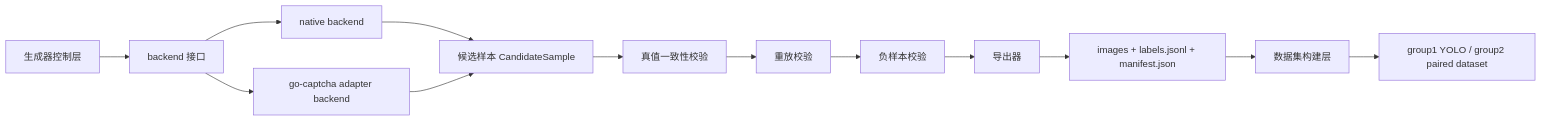
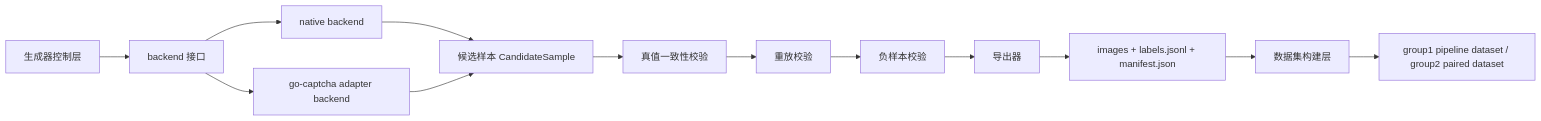
Before and after one commit to uroborus2s/sinan-captcha: the diagram in docs/04-project-development/04-design/graphic-click-generator-design.md, drawn with Mermaid. The commit also changed other lines of this file and 358 other files, not shown here.

````diff
--- a/docs/04-project-development/04-design/graphic-click-generator-design.md
+++ b/docs/04-project-development/04-design/graphic-click-generator-design.md
@@ -97,15 +101,15 @@
 ```mermaid
 flowchart LR
     A["生成器控制层"] --> B["backend 接口"]
     B --> C["native backend"]
     B --> D["go-captcha adapter backend"]
     C --> E["候选样本 CandidateSample"]
     D --> E
     E --> F["真值一致性校验"]
     F --> G["重放校验"]
     G --> H["负样本校验"]
     H --> I["导出器"]
     I --> J["images + labels.jsonl + manifest.json"]
     J --> K["数据集构建层"]
-    K --> L["group1 YOLO / group2 paired dataset"]
+    K --> L["group1 pipeline dataset / group2 paired dataset"]
 ```
````
